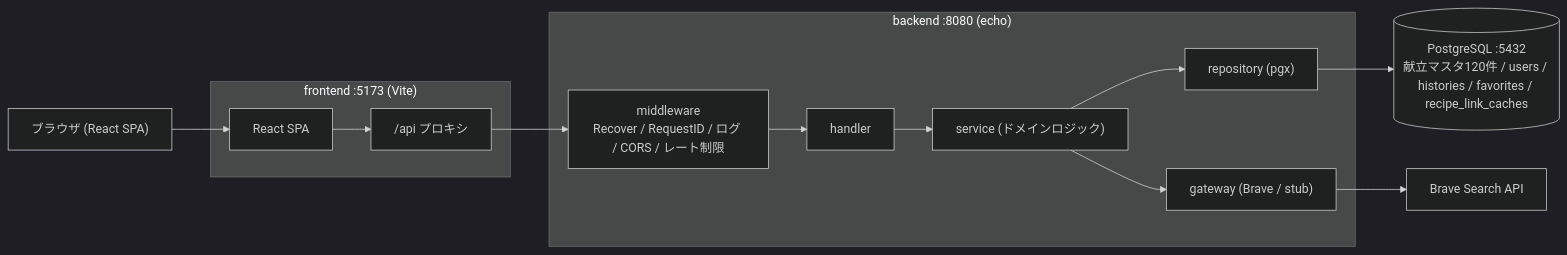
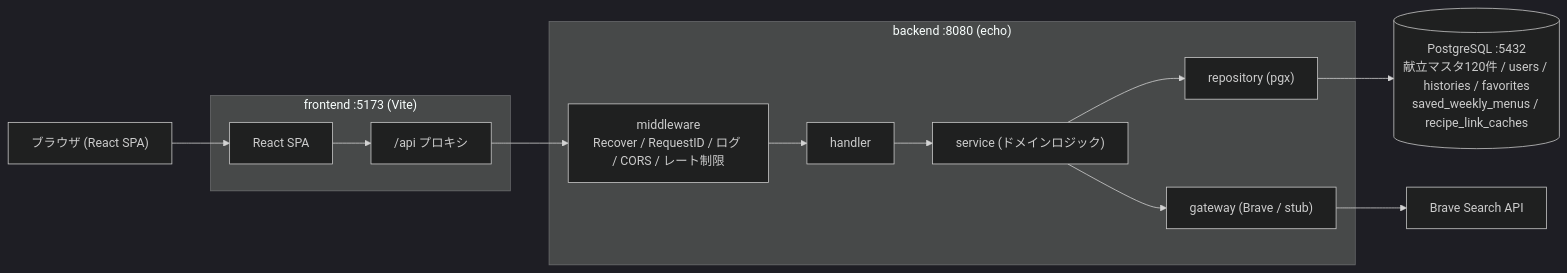
One commit to yuuyakim/menu-planner changed the diagram in README.md. Above: the diagram before and after it, drawn with Mermaid (dark theme). The commit also changed other lines of this file and 2 other files, not shown here.

````diff
--- a/README.md
+++ b/README.md
@@ -25,21 +25,21 @@
 ```mermaid
 flowchart LR
     Browser["ブラウザ (React SPA)"]
     subgraph Frontend["frontend :5173 (Vite)"]
         SPA["React SPA"]
         Proxy["/api プロキシ"]
     end
     subgraph Backend["backend :8080 (echo)"]
         MW["middleware<br/>Recover / RequestID / ログ / CORS / レート制限"]
         H["handler"]
         S["service (ドメインロジック)"]
         R["repository (pgx)"]
         G["gateway (Brave / stub)"]
     end
-    DB[("PostgreSQL :5432<br/>献立マスタ120件 / users / histories / favorites / recipe_link_caches")]
+    DB[("PostgreSQL :5432<br/>献立マスタ120件 / users / histories / favorites<br/>saved_weekly_menus / recipe_link_caches")]
     Brave["Brave Search API"]
 
     Browser --> SPA --> Proxy --> MW --> H --> S
     S --> R --> DB
     S --> G --> Brave
 ```
````
